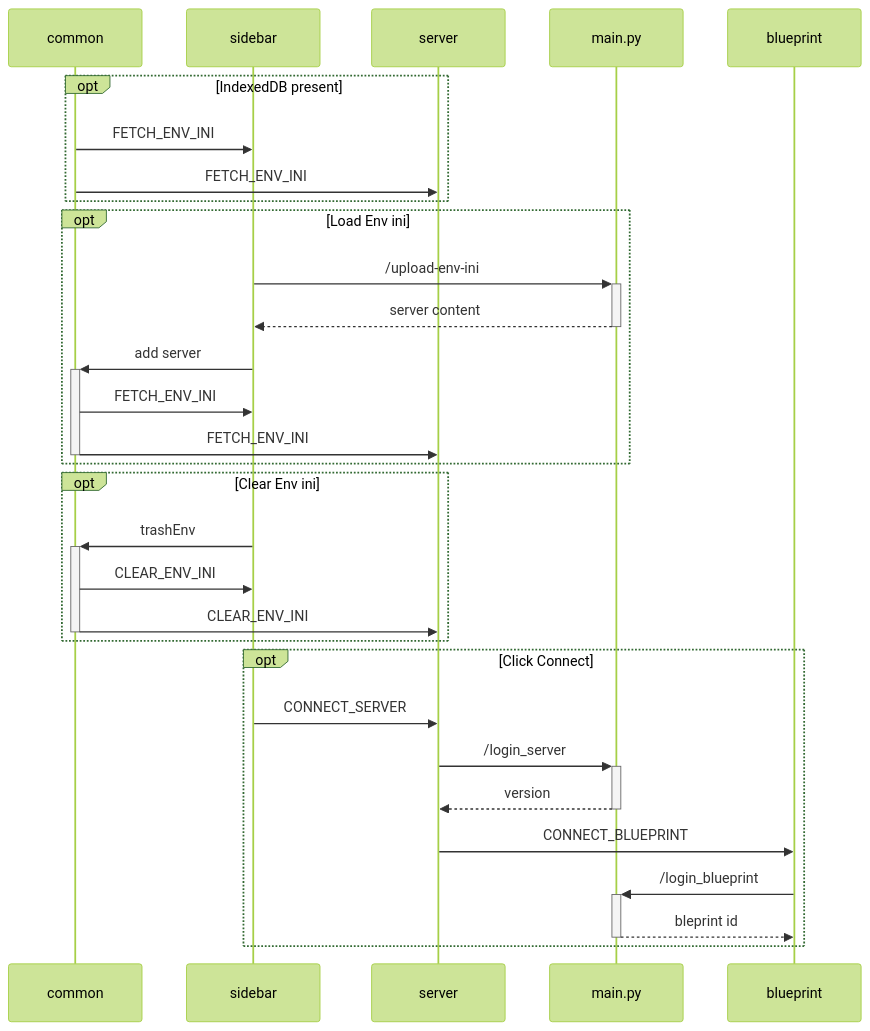
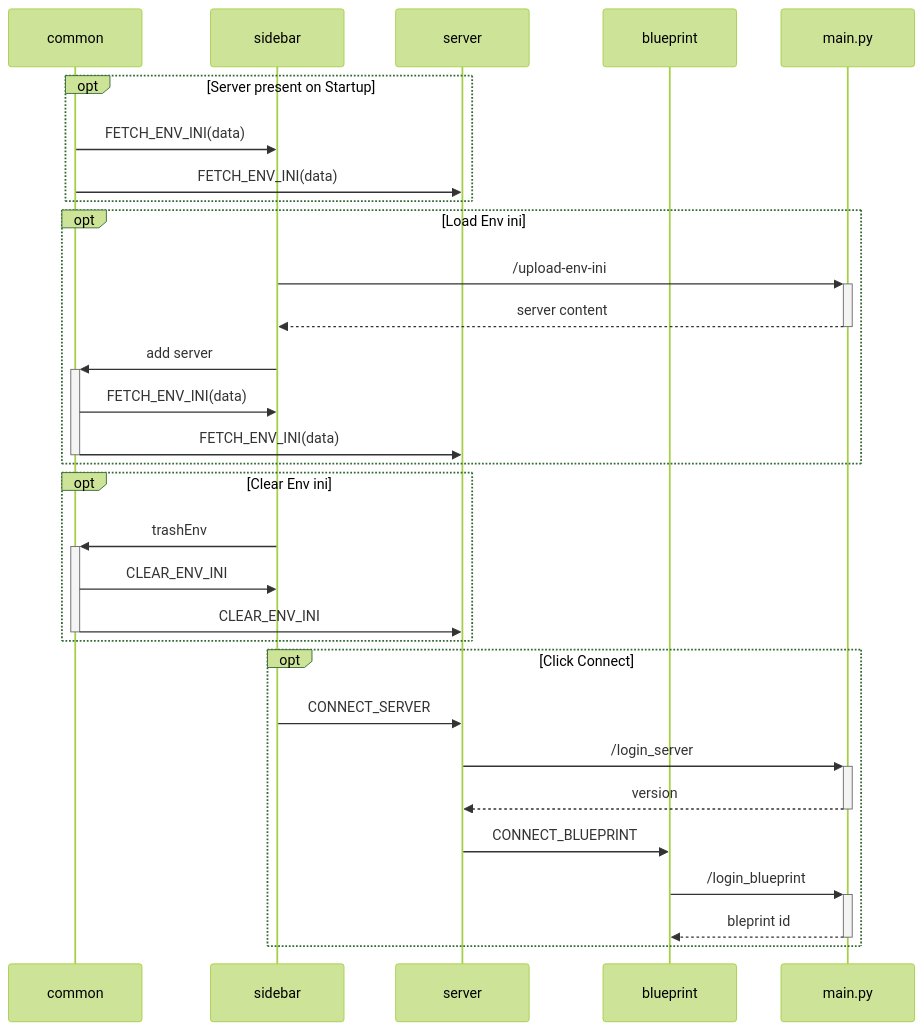
One commit to kimcharli/bp-consolidation-web changed the diagram in README-sequences.md. Above: the diagram before and after it, drawn with Mermaid (forest theme). The commit also changed 5 other files, not shown here.

````diff
--- a/README-sequences.md
+++ b/README-sequences.md
@@ -1,29 +1,34 @@
 ```mermaid
 sequenceDiagram
+    participant common
+    participant sidebar
+    participant server
+    participant blueprint
+    participant main.py
 
-    opt IndexedDB present   
-        common ->> sidebar: FETCH_ENV_INI
-        common ->> server: FETCH_ENV_INI
+    opt Server present on Startup
+        common ->> sidebar: FETCH_ENV_INI(data)
+        common ->> server: FETCH_ENV_INI(data)
     end
     opt Load Env ini
         sidebar ->> +main.py: /upload-env-ini
         main.py -->> -sidebar: server content
         sidebar ->> +common: add server
-        common ->> sidebar: FETCH_ENV_INI
-        common ->> -server: FETCH_ENV_INI
+        common ->> sidebar: FETCH_ENV_INI(data)
+        common ->> -server: FETCH_ENV_INI(data)
     end
     opt Clear Env ini
         sidebar ->> +common: trashEnv
         common ->> sidebar: CLEAR_ENV_INI
         common ->> -server: CLEAR_ENV_INI
     end
     opt Click Connect
         sidebar ->> server: CONNECT_SERVER
         server ->> +main.py: /login_server
         main.py -->> -server: version
         server ->> blueprint: CONNECT_BLUEPRINT
         blueprint ->> +main.py: /login_blueprint
         main.py -->> -blueprint: bleprint id
     end
 
 ```
````
